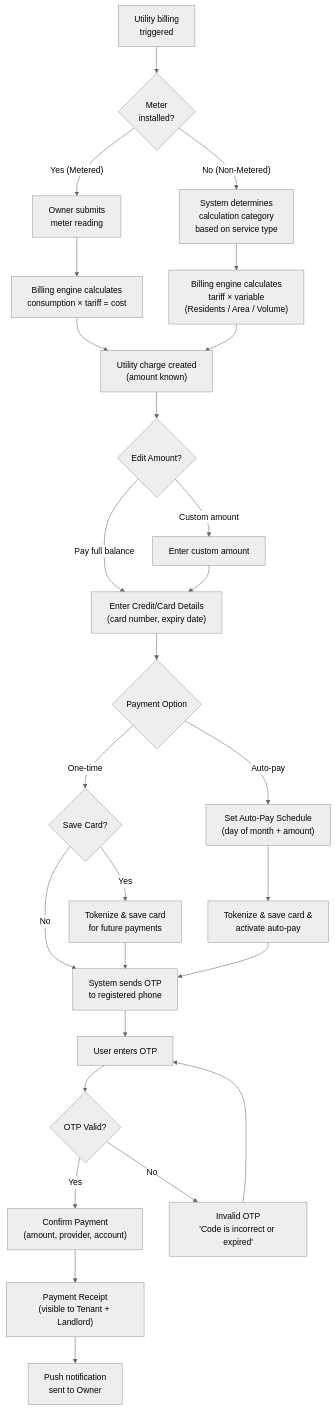
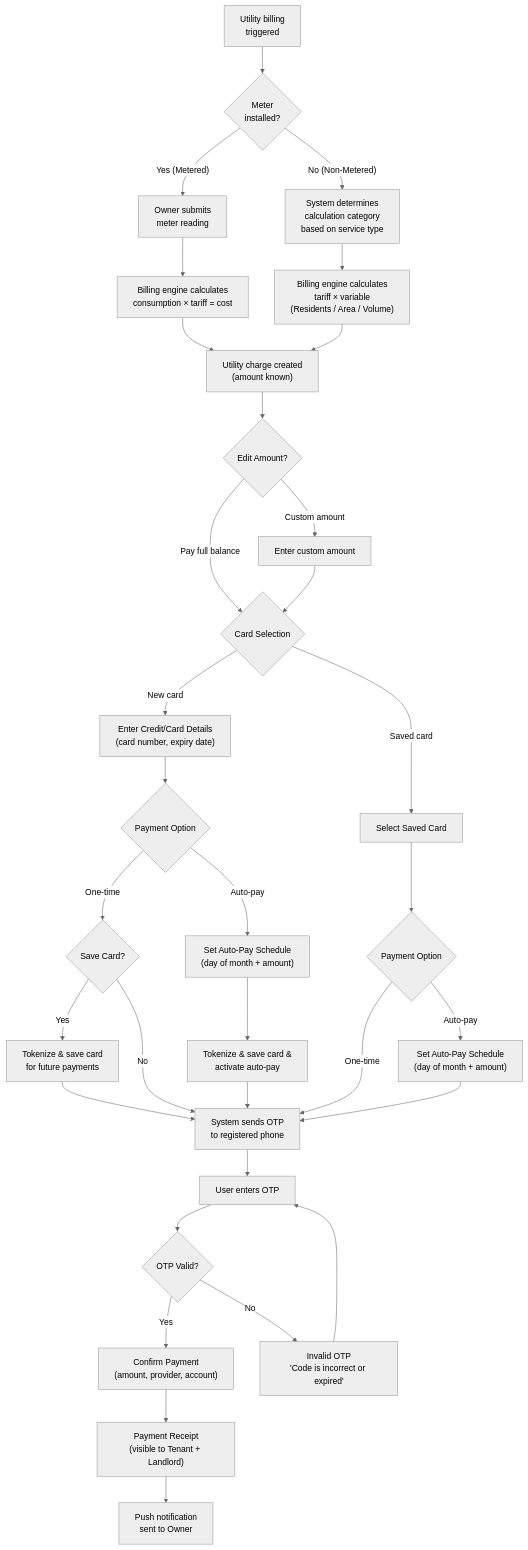
The seventh of 9 diagrams in utilities-payment-userflow.md (saodatm-dev/Utilities---Informational-Architecture), drawn with Mermaid (neutral theme) before and after one commit. The commit also changed other lines of this file and 1 other file, not shown here.

Commit message:
refactor: update payment userflows to explicitly differentiate between new and saved card payment options.

````diff
--- a/utilities-payment-userflow.md
+++ b/utilities-payment-userflow.md
@@ -208,39 +214,42 @@
 ```mermaid
 flowchart TD
     START["Utility billing<br/>triggered"] --> CHECK{"Meter<br/>installed?"}
 
     CHECK -->|"Yes (Metered)"| M_READ["Owner submits<br/>meter reading"]
     CHECK -->|"No (Non-Metered)"| NM_CAT["System determines<br/>calculation category<br/>based on service type"]
 
     M_READ --> M_CALC["Billing engine calculates<br/>consumption × tariff = cost"]
     NM_CAT --> NM_CALC["Billing engine calculates<br/>tariff × variable<br/>(Residents / Area / Volume)"]
 
     M_CALC --> CHARGE["Utility charge created<br/>(amount known)"]
     NM_CALC --> CHARGE
 
     CHARGE --> EDIT_AMT{"Edit Amount?"}
-    EDIT_AMT -->|"Pay full balance"| CARD_DETAILS["Enter Credit/Card Details<br/>(card number, expiry date)"]
-    EDIT_AMT -->|"Custom amount"| CUSTOM_AMT["Enter custom amount"] --> CARD_DETAILS
+    EDIT_AMT -->|"Pay full balance"| CARD_CHOICE{"Card Selection"}
+    EDIT_AMT -->|"Custom amount"| CUSTOM_AMT["Enter custom amount"] --> CARD_CHOICE
 
-    CARD_DETAILS --> PAY_OPTS{"Payment Option"}
+    CARD_CHOICE -->|"New card"| NEW_CARD["Enter Credit/Card Details<br/>(card number, expiry date)"]
+    CARD_CHOICE -->|"Saved card"| SAVED_CARD["Select Saved Card"]
 
-    PAY_OPTS -->|"One-time"| SAVE_CARD{"Save Card?"}
-    SAVE_CARD -->|"Yes"| TOKENIZE["Tokenize & save card<br/>for future payments"]
+    NEW_CARD --> PAY_OPTS_NEW{"Payment Option"}
+    PAY_OPTS_NEW -->|"One-time"| SAVE_CARD{"Save Card?"}
+    SAVE_CARD -->|"Yes"| TOKENIZE["Tokenize & save card<br/>for future payments"] --> SEND_OTP
     SAVE_CARD -->|"No"| SEND_OTP
-    TOKENIZE --> SEND_OTP
+    PAY_OPTS_NEW -->|"Auto-pay"| SCHEDULE_NEW["Set Auto-Pay Schedule<br/>(day of month + amount)"]
+    SCHEDULE_NEW --> AUTO_SAVE["Tokenize & save card &<br/>activate auto-pay"] --> SEND_OTP
 
-    PAY_OPTS -->|"Auto-pay"| SCHEDULE["Set Auto-Pay Schedule<br/>(day of month + amount)"]
-    SCHEDULE --> AUTO_SAVE["Tokenize & save card &<br/>activate auto-pay"]
-    AUTO_SAVE --> SEND_OTP
+    SAVED_CARD --> PAY_OPTS_SAVED{"Payment Option"}
+    PAY_OPTS_SAVED -->|"One-time"| SEND_OTP
+    PAY_OPTS_SAVED -->|"Auto-pay"| SCHEDULE_SAVED["Set Auto-Pay Schedule<br/>(day of month + amount)"] --> SEND_OTP
 
     SEND_OTP["System sends OTP<br/>to registered phone"]
     SEND_OTP --> ENTER_OTP["User enters OTP"]
     ENTER_OTP --> OTP_CHECK{"OTP Valid?"}
 
     OTP_CHECK -->|"Yes"| CONFIRM["Confirm Payment<br/>(amount, provider, account)"]
     OTP_CHECK -->|"No"| OTP_ERROR["Invalid OTP<br/>'Code is incorrect or expired'"]
     OTP_ERROR --> ENTER_OTP
 
     CONFIRM --> RECEIPT["Payment Receipt<br/>(visible to Tenant + Landlord)"]
     RECEIPT --> NOTIFY["Push notification<br/>sent to Owner"]
 ```
````
